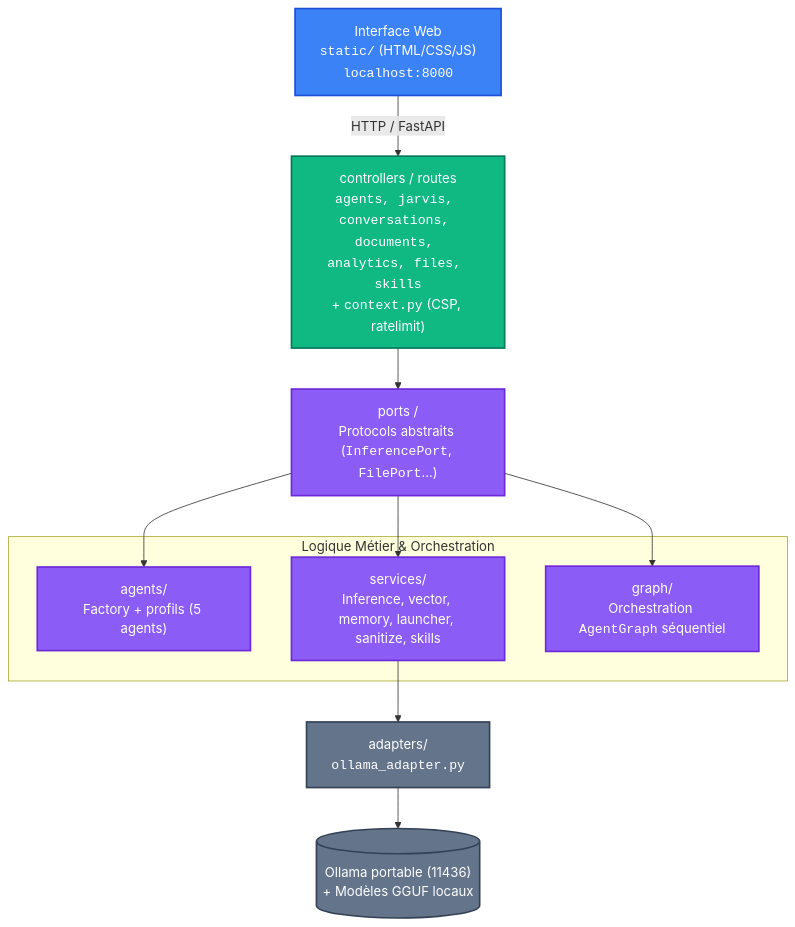
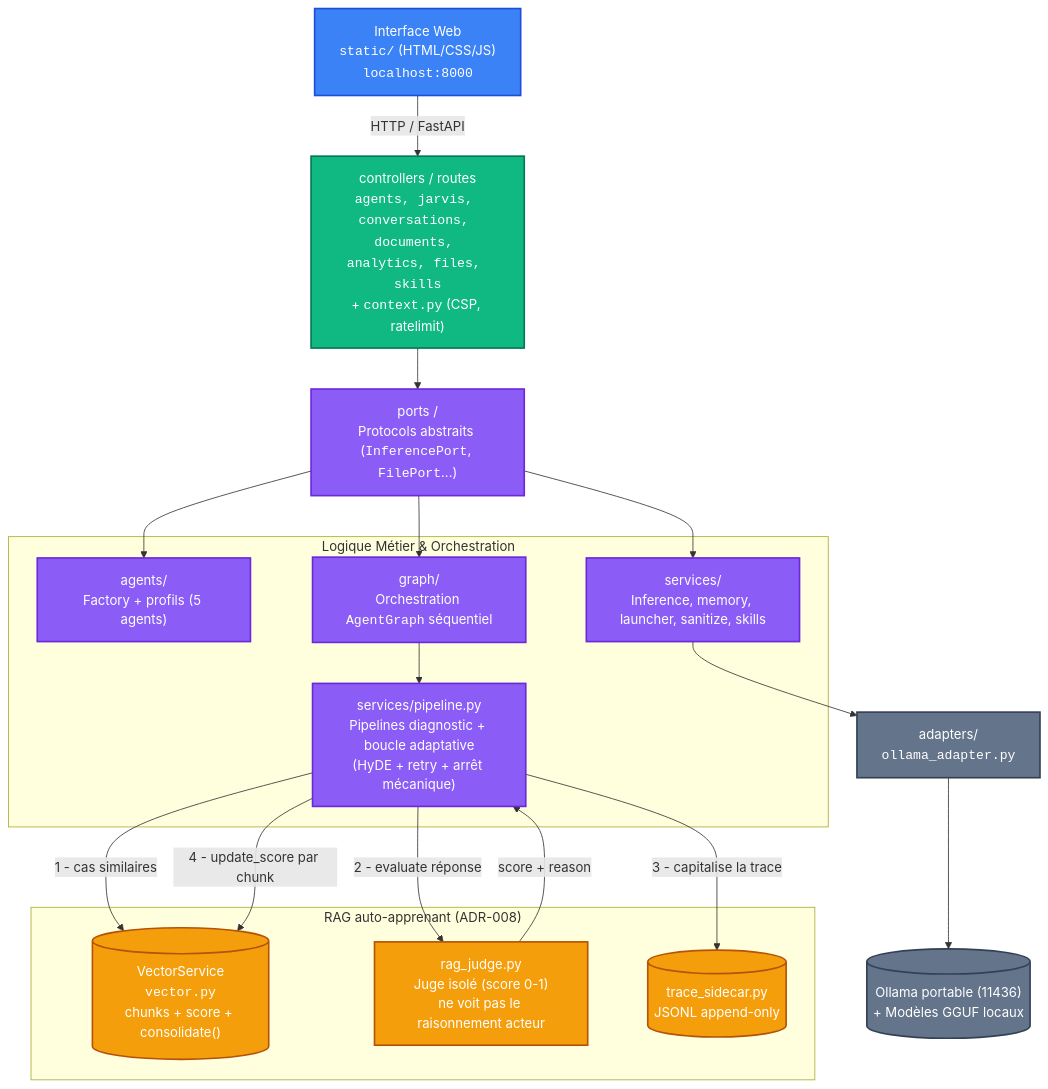
The diagram in README.md (chelmooz/Projet-JARVIS), drawn with Mermaid before and after one commit. The commit also changed other lines of this file, not shown here.

Commit message:
docs: mise a jour README (RAG auto-apprenant, tests, version Ollama)

````diff
--- a/README.md
+++ b/README.md
@@ -58,30 +61,46 @@
 ```mermaid
 graph TD
     %% Styling
     classDef client fill:#3b82f6,stroke:#1d4ed8,stroke-width:2px,color:#fff;
     classDef api fill:#10b981,stroke:#047857,stroke-width:2px,color:#fff;
     classDef core fill:#8b5cf6,stroke:#6d28d9,stroke-width:2px,color:#fff;
     classDef infra fill:#64748b,stroke:#334155,stroke-width:2px,color:#fff;
+    classDef rag fill:#f59e0b,stroke:#b45309,stroke-width:2px,color:#fff;
 
     UI["Interface Web<br><code>static/</code> (HTML/CSS/JS)<br><code>localhost:8000</code>"]:::client
     CTRL["controllers / routes<br><code>agents, jarvis, conversations, documents, analytics, files, skills</code><br>+ <code>context.py</code> (CSP, ratelimit)"]:::api
     PORTS["ports /<br>Protocols abstraits (<code>InferencePort</code>, <code>FilePort</code>...)"]:::core
-    
+
     subgraph Core Logic ["Logique Métier & Orchestration"]
         AGENTS["agents/<br>Factory + profils (5 agents)"]:::core
-        SERVICES["services/<br>Inference, vector, memory, launcher, sanitize, skills"]:::core
+        SERVICES["services/<br>Inference, memory, launcher, sanitize, skills"]:::core
         GRAPH["graph/<br>Orchestration <code>AgentGraph</code> séquentiel"]:::core
+        PIPELINE["services/pipeline.py<br>Pipelines diagnostic + boucle adaptative<br>(HyDE + retry + arrêt mécanique)"]:::core
+    end
+
+    subgraph RAG ["RAG auto-apprenant (ADR-008)"]
+        VECTOR[("VectorService<br><code>vector.py</code><br>chunks + score + consolidate()")]:::rag
+        JUDGE["rag_judge.py<br>Juge isolé (score 0-1)<br>ne voit pas le raisonnement acteur"]:::rag
+        TRACE[("trace_sidecar.py<br>JSONL append-only")]:::rag
     end
 
     ADAPT["adapters/<br><code>ollama_adapter.py</code>"]:::infra
     OLLAMA[("Ollama portable (11436)<br>+ Modèles GGUF locaux")]:::infra
 
     %% Connections
     UI -->|HTTP / FastAPI| CTRL
     CTRL --> PORTS
     PORTS --> AGENTS
     PORTS --> SERVICES
     PORTS --> GRAPH
+    GRAPH --> PIPELINE
     SERVICES --> ADAPT
     ADAPT --> OLLAMA
+
+    %% Boucle RAG
+    PIPELINE -->|1 - cas similaires| VECTOR
+    PIPELINE -->|2 - evaluate réponse| JUDGE
+    JUDGE -->|score + reason| PIPELINE
+    PIPELINE -->|3 - capitalise la trace| TRACE
+    PIPELINE -->|4 - update_score par chunk| VECTOR
 ```
````
